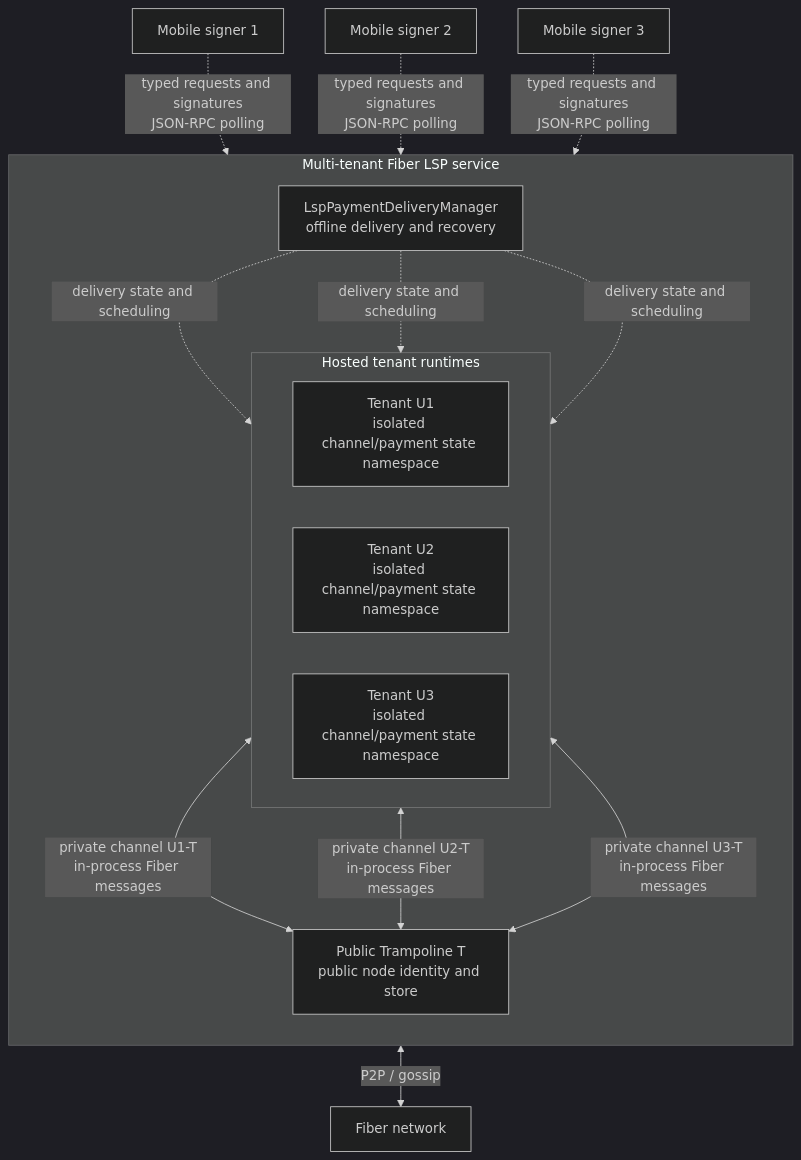
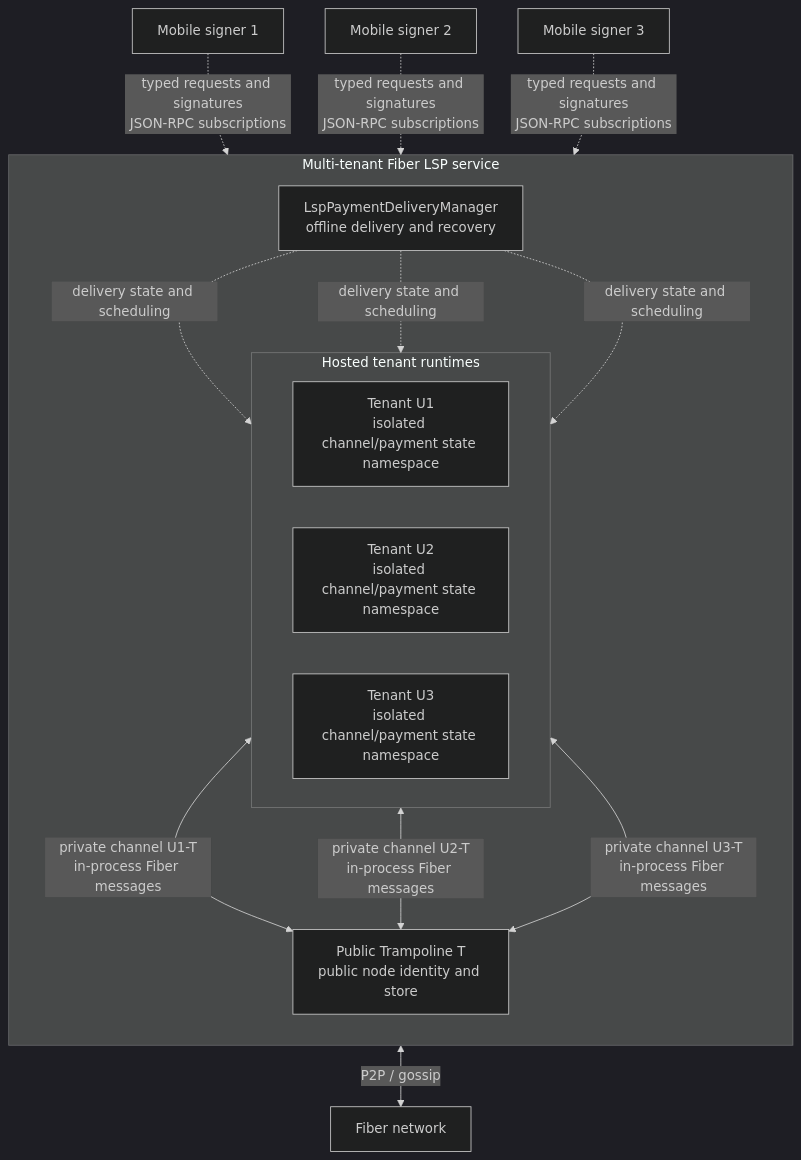
Before and after one commit to nervosnetwork/fiber: the diagram in docs/notes/hosted-lsp.md, drawn with Mermaid (dark theme). The commit also changed other lines of this file and 29 other files, not shown here.

First line of the commit message:
feat(rpc): add scoped WebSocket signing subscriptions

````diff
--- a/docs/notes/hosted-lsp.md
+++ b/docs/notes/hosted-lsp.md
@@ -34,29 +34,29 @@
 ```mermaid
 flowchart TB
-    S1["Mobile signer 1"] -. "typed requests and signatures<br/>JSON-RPC polling" .-> U1
-    S2["Mobile signer 2"] -. "typed requests and signatures<br/>JSON-RPC polling" .-> U2
-    S3["Mobile signer 3"] -. "typed requests and signatures<br/>JSON-RPC polling" .-> U3
+    S1["Mobile signer 1"] -. "typed requests and signatures<br/>JSON-RPC subscriptions" .-> U1
+    S2["Mobile signer 2"] -. "typed requests and signatures<br/>JSON-RPC subscriptions" .-> U2
+    S3["Mobile signer 3"] -. "typed requests and signatures<br/>JSON-RPC subscriptions" .-> U3
 
     subgraph LSP["Multi-tenant Fiber LSP service"]
         direction TB
         D["LspPaymentDeliveryManager<br/>offline delivery and recovery"]
 
         subgraph R["Hosted tenant runtimes"]
             direction LR
             U1["Tenant U1<br/>isolated channel/payment state namespace"]
             U2["Tenant U2<br/>isolated channel/payment state namespace"]
             U3["Tenant U3<br/>isolated channel/payment state namespace"]
         end
 
         T["Public Trampoline T<br/>public node identity and store"]
 
         D -. "delivery state and scheduling" .-> U1
         D -. "delivery state and scheduling" .-> U2
         D -. "delivery state and scheduling" .-> U3
         U1 <-->|"private channel U1-T<br/>in-process Fiber messages"| T
         U2 <-->|"private channel U2-T<br/>in-process Fiber messages"| T
         U3 <-->|"private channel U3-T<br/>in-process Fiber messages"| T
     end
 
     T <-->|"P2P / gossip"| N["Fiber network"]
 ```
````
